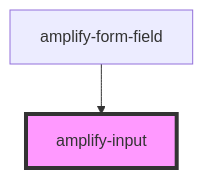
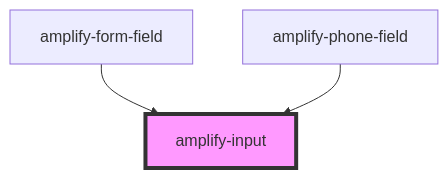
The diagram in packages/amplify-ui-components/src/components/amplify-input/readme.md (OneDev0411/amplify-js), drawn with Mermaid before and after one commit. The commit also changed other lines of this file and 241 other files, not shown here.

````diff
--- a/packages/amplify-ui-components/src/components/amplify-input/readme.md
+++ b/packages/amplify-ui-components/src/components/amplify-input/readme.md
@@ -27,5 +29,6 @@
 ```mermaid
 graph TD;
   amplify-form-field --> amplify-input
+  amplify-phone-field --> amplify-input
   style amplify-input fill:#f9f,stroke:#333,stroke-width:4px
 ```
````
